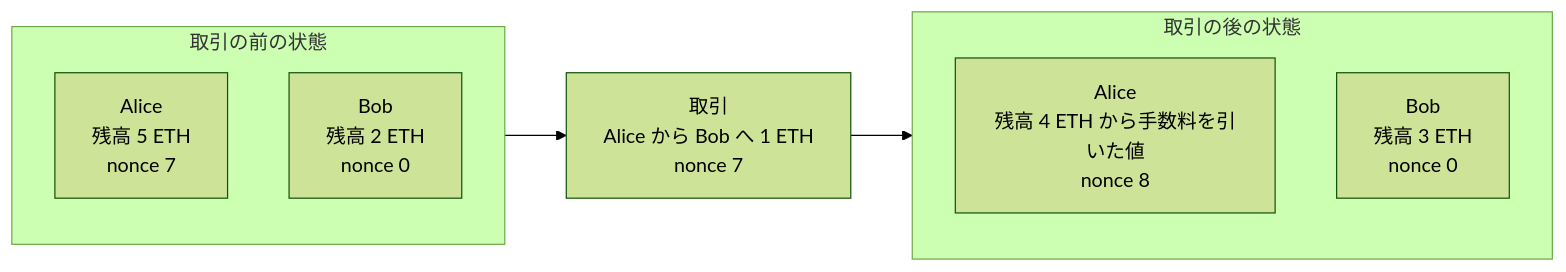
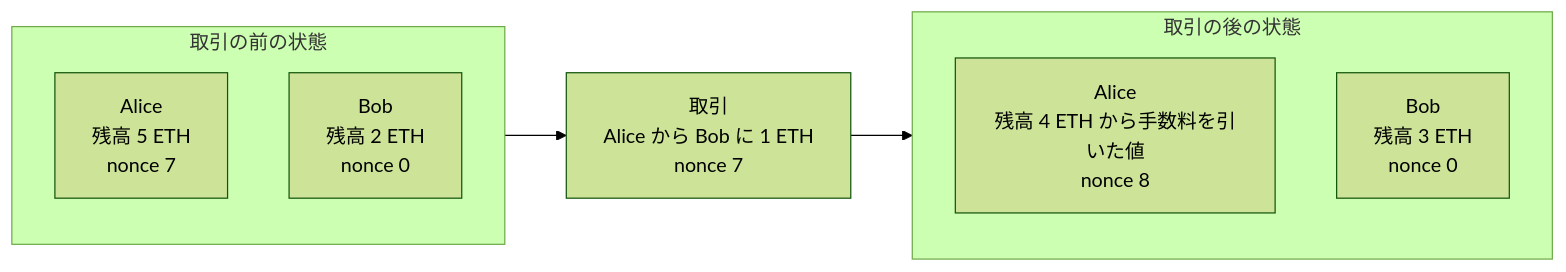
The first of 5 diagrams in content/notes/blockchain-systems/ethereum-account-model/index.md (nao1215/debimate), drawn with Mermaid (forest theme) before and after one commit. The commit also changed other lines of this file and 46 other files, not shown here.

````diff
--- a/content/notes/blockchain-systems/ethereum-account-model/index.md
+++ b/content/notes/blockchain-systems/ethereum-account-model/index.md
@@ -18,13 +18,13 @@
 ```mermaid
 flowchart LR
     subgraph S0["取引の前の状態"]
         A0["Alice<br/>残高 5 ETH<br/>nonce 7"]
         B0["Bob<br/>残高 2 ETH<br/>nonce 0"]
     end
-    TX["取引<br/>Alice から Bob へ 1 ETH<br/>nonce 7"]
+    TX["取引<br/>Alice から Bob に 1 ETH<br/>nonce 7"]
     subgraph S1["取引の後の状態"]
         A1["Alice<br/>残高 4 ETH から手数料を引いた値<br/>nonce 8"]
         B1["Bob<br/>残高 3 ETH<br/>nonce 0"]
     end
     S0 --> TX --> S1
 ```
````
